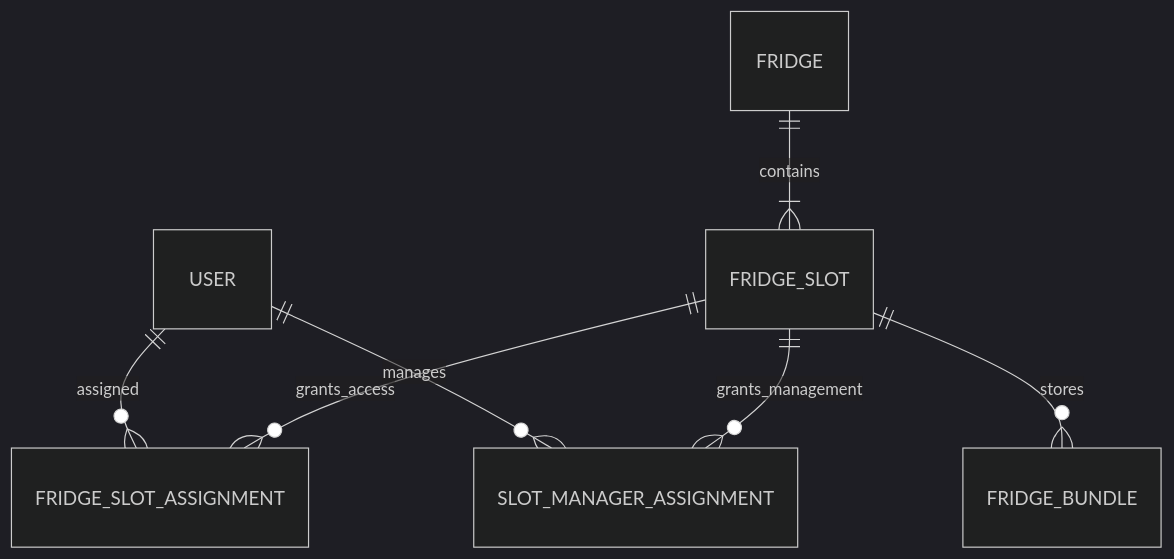
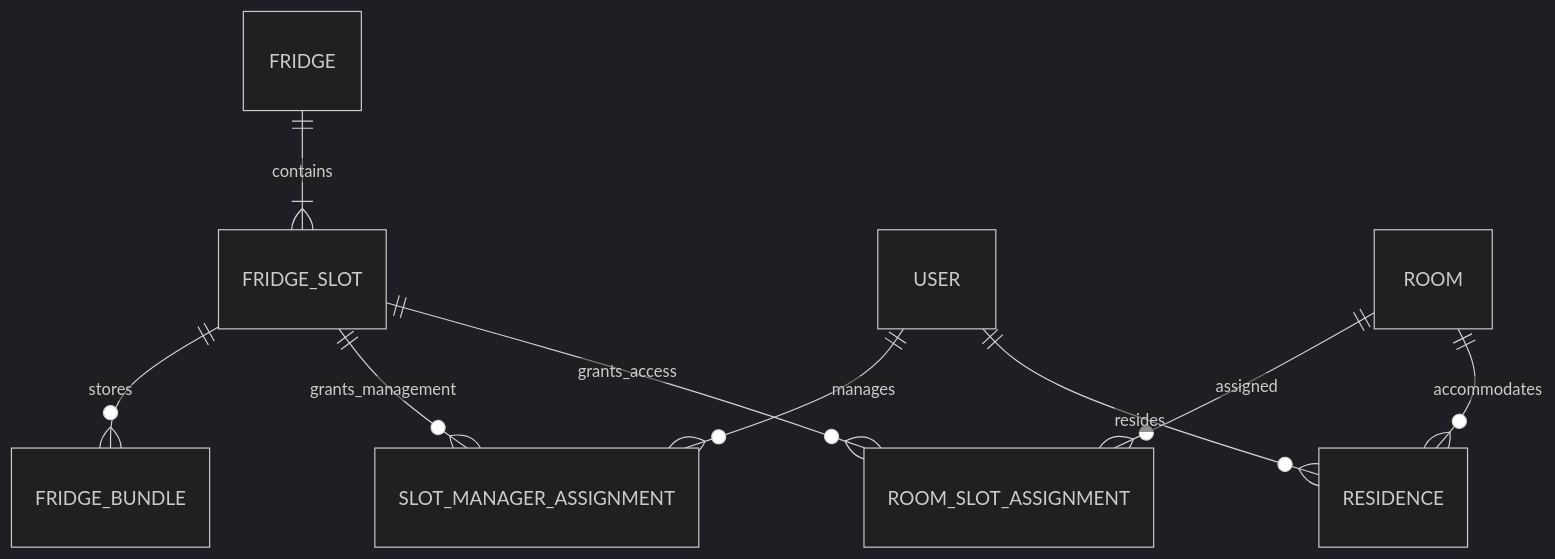
The diagram in docs/20_Deliverables/02_ERD_&_Schema.md (hihi213/dormmate_rebuild), drawn with Mermaid (dark theme) before and after one commit. The commit also changed other lines of this file and 33 other files, not shown here.

````diff
--- a/docs/20_Deliverables/02_ERD_&_Schema.md
+++ b/docs/20_Deliverables/02_ERD_&_Schema.md
@@ -10,9 +10,11 @@
 ```mermaid
 erDiagram
     FRIDGE ||--|{ FRIDGE_SLOT : contains
-    USER ||--o{ FRIDGE_SLOT_ASSIGNMENT : assigned
-    FRIDGE_SLOT ||--o{ FRIDGE_SLOT_ASSIGNMENT : grants_access
+    USER ||--o{ RESIDENCE : resides
+    ROOM ||--o{ RESIDENCE : accommodates
+    ROOM ||--o{ ROOM_SLOT_ASSIGNMENT : assigned
+    FRIDGE_SLOT ||--o{ ROOM_SLOT_ASSIGNMENT : grants_access
     USER ||--o{ SLOT_MANAGER_ASSIGNMENT : manages
     FRIDGE_SLOT ||--o{ SLOT_MANAGER_ASSIGNMENT : grants_management
     FRIDGE_SLOT ||--o{ FRIDGE_BUNDLE : stores
 ```
````
